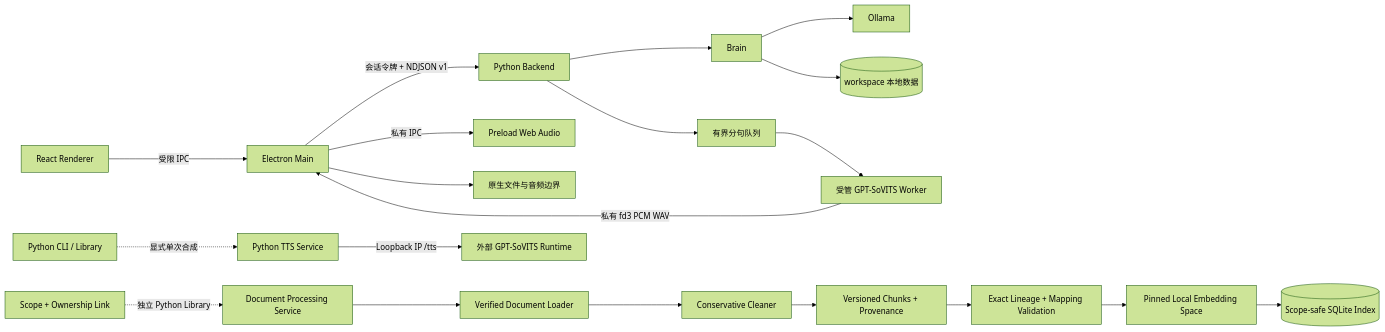
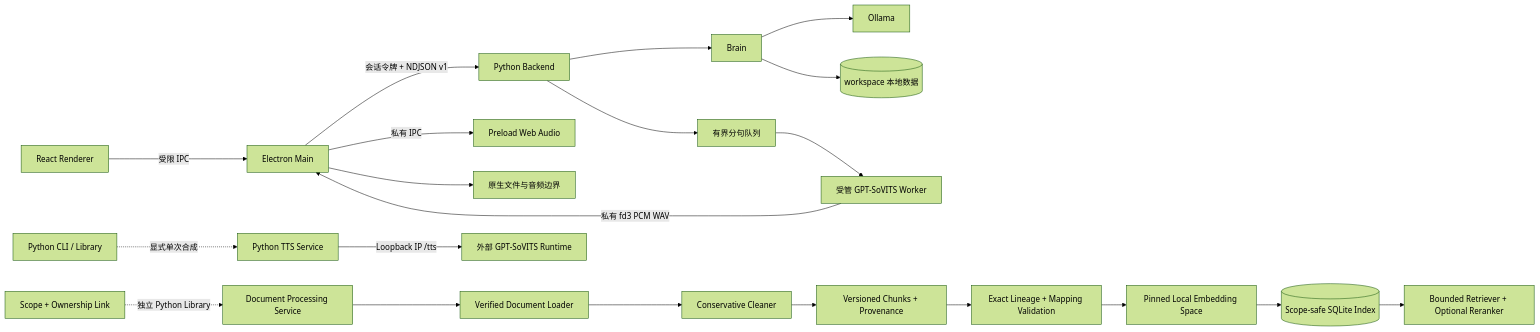
Before and after one commit to ActorF/Elysia_AI: the diagram in README.md, drawn with Mermaid (forest theme). The commit also changed other lines of this file and 15 other files, not shown here.

````diff
--- a/README.md
+++ b/README.md
@@ -70,22 +70,23 @@
 ```mermaid
 flowchart LR
     R[React Renderer] -->|受限 IPC| E[Electron Main]
     E -->|会话令牌 + NDJSON v1| P[Python Backend]
     P --> B[Brain]
     B --> O[Ollama]
     B --> D[(workspace 本地数据)]
     P --> Q[有界分句队列]
     Q --> M[受管 GPT-SoVITS Worker]
     M -->|私有 fd3 PCM WAV| E
     E -->|私有 IPC| W[Preload Web Audio]
     C[Python CLI / Library] -. 显式单次合成 .-> T[Python TTS Service]
     T -->|Loopback IP /tts| G[外部 GPT-SoVITS Runtime]
     E --> H[原生文件与音频边界]
     A[Scope + Ownership Link] -. 独立 Python Library .-> S[Document Processing Service]
     S --> L[Verified Document Loader]
     L --> N[Conservative Cleaner]
     N --> K[Versioned Chunks + Provenance]
     K --> V[Exact Lineage + Mapping Validation]
     V --> X[Pinned Local Embedding Space]
     X --> Z[(Scope-safe SQLite Index)]
+    Z --> Y[Bounded Retriever + Optional Reranker]
 ```
````
